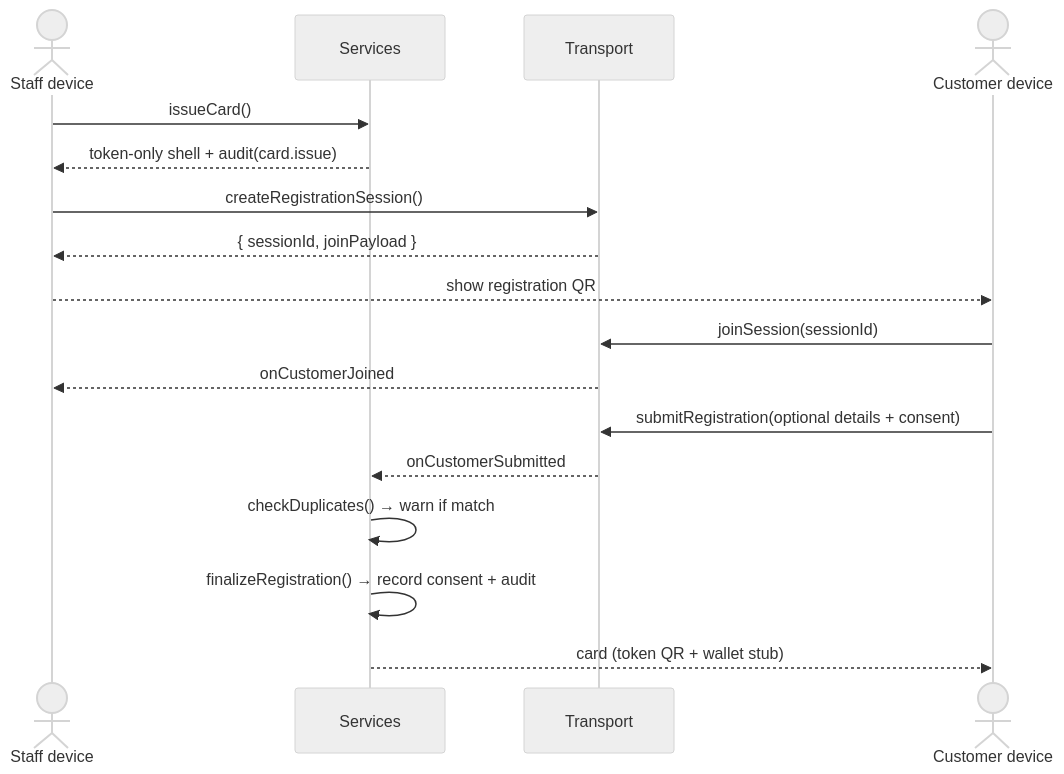
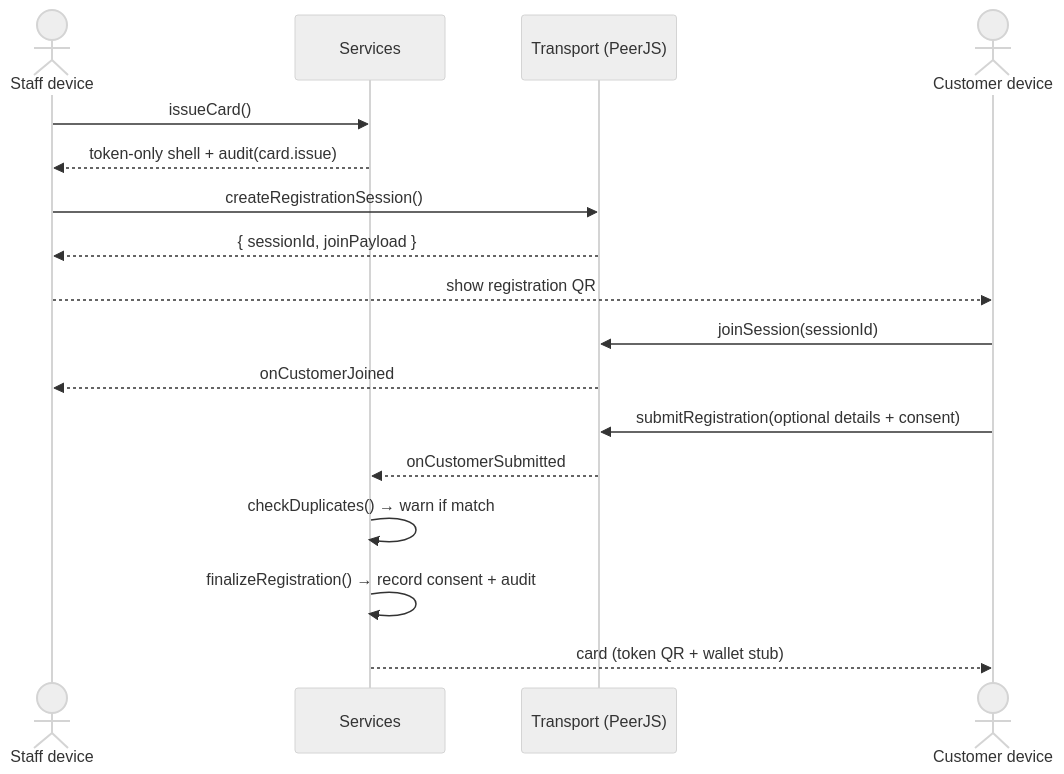
The third of 6 diagrams in README.md (misch0n/loyalty-system), drawn with Mermaid (neutral theme) before and after one commit. The commit also changed other lines of this file and 2 other files, not shown here.

First line of the commit message:
docs: reflect Appendix A — real PeerJS transport, Mailer/IdentityStore seams, self-register, recovery, notifications

````diff
--- a/README.md
+++ b/README.md
@@ -132,20 +159,20 @@
 ```mermaid
 sequenceDiagram
     actor S as Staff device
     participant App as Services
-    participant T as Transport
+    participant T as Transport (PeerJS)
     actor C as Customer device
 
     S->>App: issueCard()
     App-->>S: token-only shell + audit(card.issue)
     S->>T: createRegistrationSession()
     T-->>S: { sessionId, joinPayload }
     S-->>C: show registration QR
     C->>T: joinSession(sessionId)
     T-->>S: onCustomerJoined
     C->>T: submitRegistration(optional details + consent)
     T-->>App: onCustomerSubmitted
     App->>App: checkDuplicates() → warn if match
     App->>App: finalizeRegistration() → record consent + audit
     App-->>C: card (token QR + wallet stub)
 ```
````
